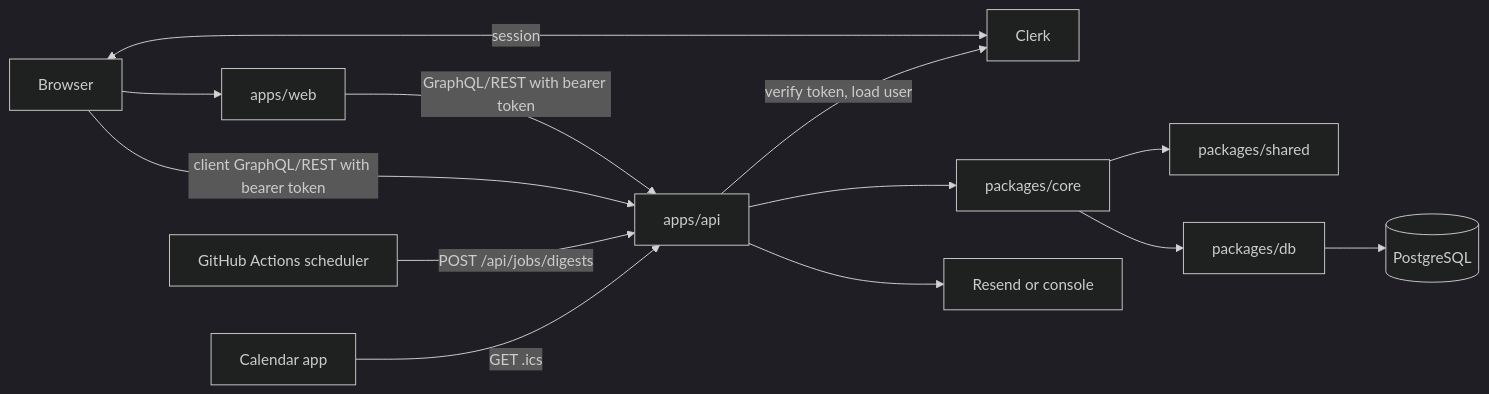
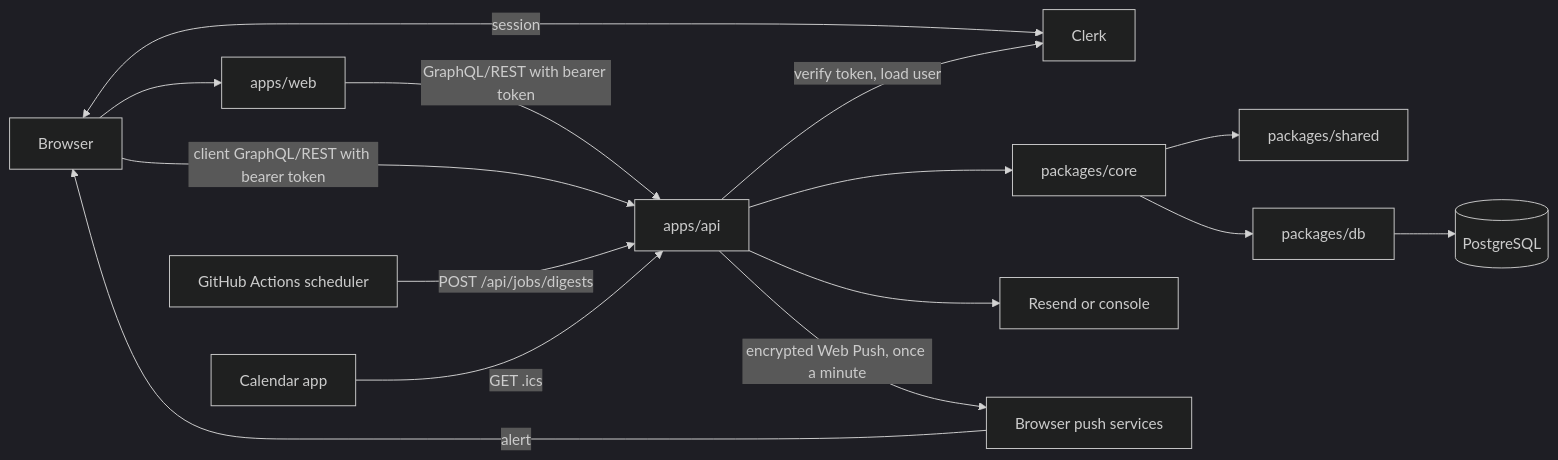
One commit to sugaroverflow/timetable changed the diagram in docs/ARCHITECTURE.md. Above: the diagram before and after it, drawn with Mermaid (dark theme). The commit also changed other lines of this file and 6 other files, not shown here.

First line of the commit message:
Web Push step 7: docs (#368) (#385)

````diff
--- a/docs/ARCHITECTURE.md
+++ b/docs/ARCHITECTURE.md
@@ -54,26 +54,29 @@
 ```mermaid
 flowchart LR
   browser[Browser]
   clerk[Clerk]
   web[apps/web]
   api[apps/api]
   core[packages/core]
   shared[packages/shared]
   dbpkg[packages/db]
   pg[(PostgreSQL)]
   email[Resend or console]
   cron[GitHub Actions scheduler]
   cal[Calendar app]
+  pushsvc[Browser push services]
 
   browser <-->|session| clerk
   browser --> web
   web -->|GraphQL/REST with bearer token| api
   browser -->|client GraphQL/REST with bearer token| api
   api -->|verify token, load user| clerk
   api --> core
   core --> shared
   core --> dbpkg --> pg
   api --> email
   cron -->|POST /api/jobs/digests| api
   cal -->|GET .ics| api
+  api -->|encrypted Web Push, once a minute| pushsvc
+  pushsvc -->|alert| browser
 ```
````
